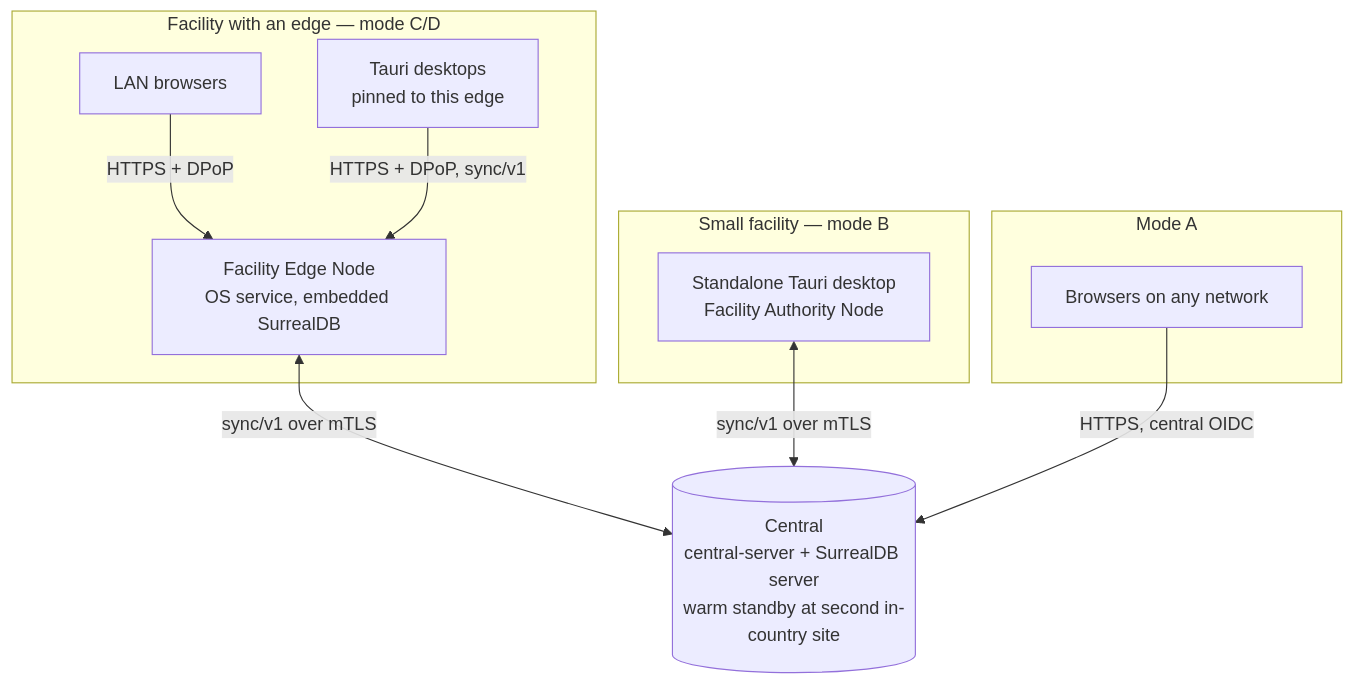
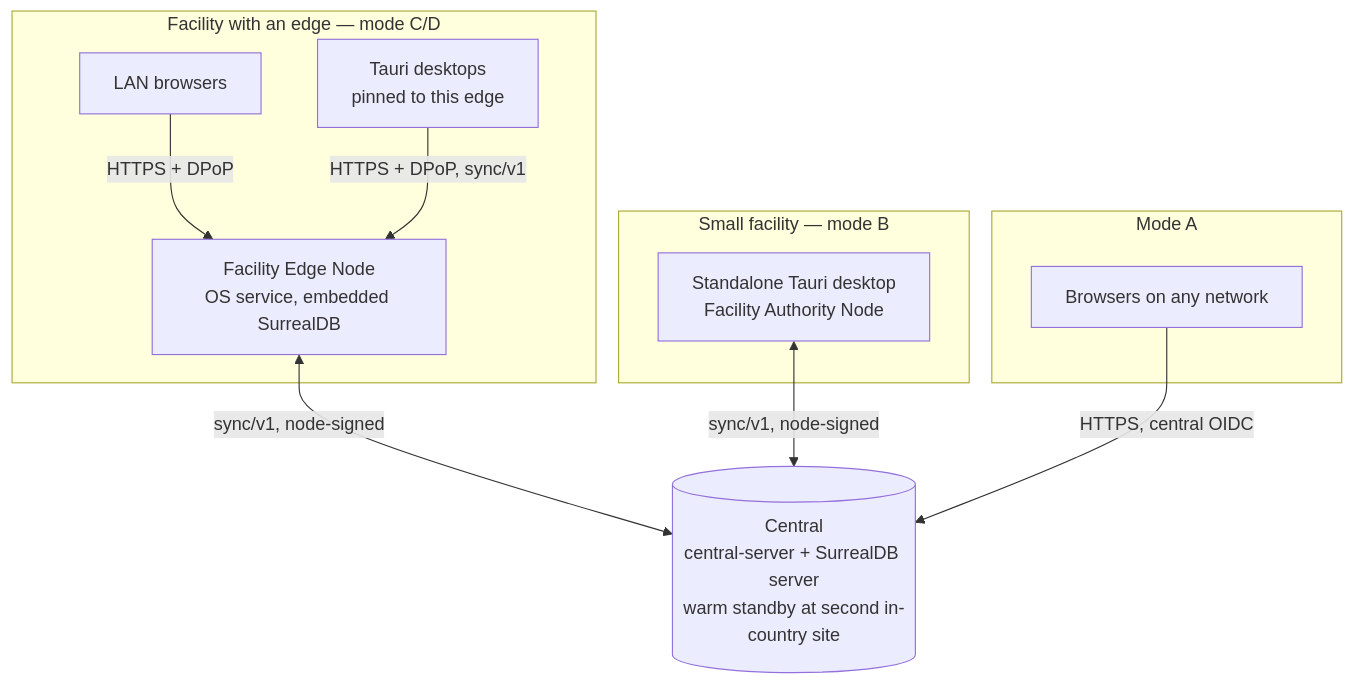
One commit to carapai/people-centered-healthcare changed the first of 2 diagrams in docs/architecture/deployment-topology.md. Above: the diagram before and after it, drawn with Mermaid. The commit also changed other lines of this file and 34 other files, not shown here.

First line of the commit message:
feat(sync): /sync/v1 at central and the edge's sync task, node-signed requests (ADR 0062, #81) (#366)

````diff
--- a/docs/architecture/deployment-topology.md
+++ b/docs/architecture/deployment-topology.md
@@ -7,20 +7,20 @@
 ```mermaid
 flowchart TB
   C[(Central<br/>central-server + SurrealDB server<br/>warm standby at second in-country site)]
   subgraph F1[Facility with an edge — mode C/D]
     E1[Facility Edge Node<br/>OS service, embedded SurrealDB]
     B1[LAN browsers]
     T1[Tauri desktops<br/>pinned to this edge]
     B1 -- HTTPS + DPoP --> E1
     T1 -- HTTPS + DPoP, sync/v1 --> E1
   end
   subgraph F2[Small facility — mode B]
     D2[Standalone Tauri desktop<br/>Facility Authority Node]
   end
   subgraph Web[Mode A]
     W[Browsers on any network]
   end
-  E1 <-- sync/v1 over mTLS --> C
-  D2 <-- sync/v1 over mTLS --> C
+  E1 <-- sync/v1, node-signed --> C
+  D2 <-- sync/v1, node-signed --> C
   W -- HTTPS, central OIDC --> C
 ```
````
